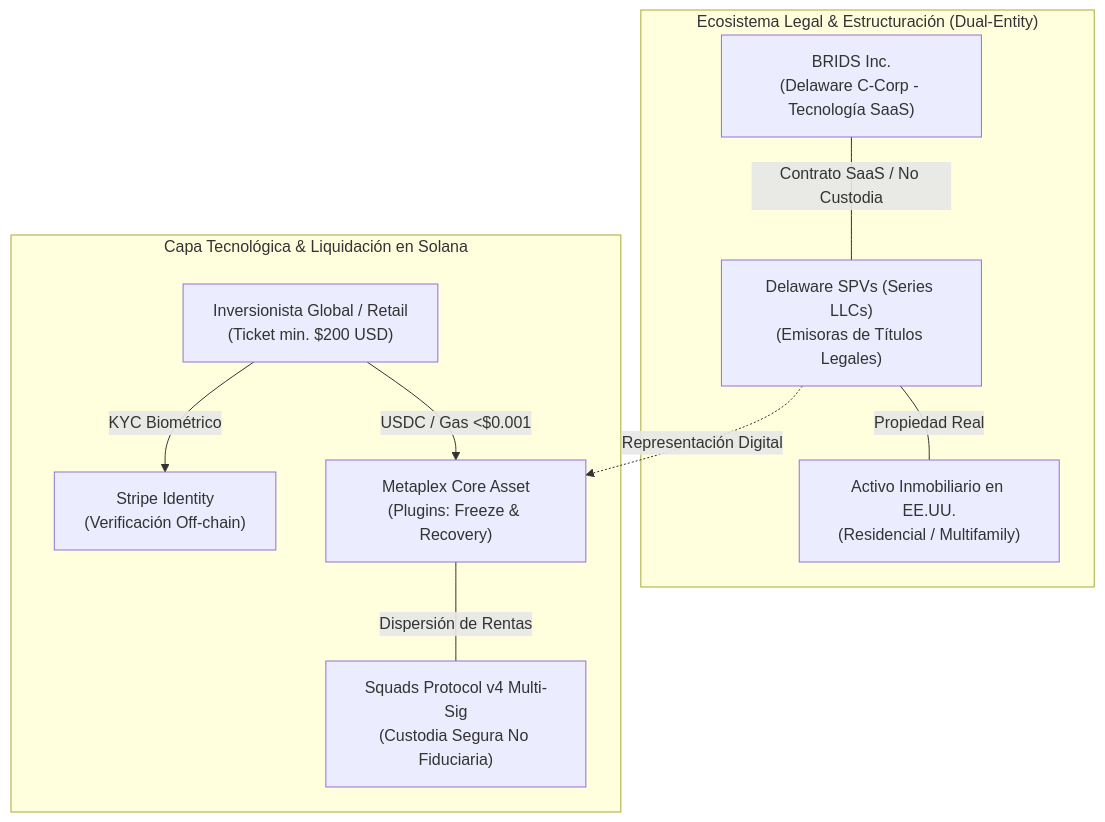
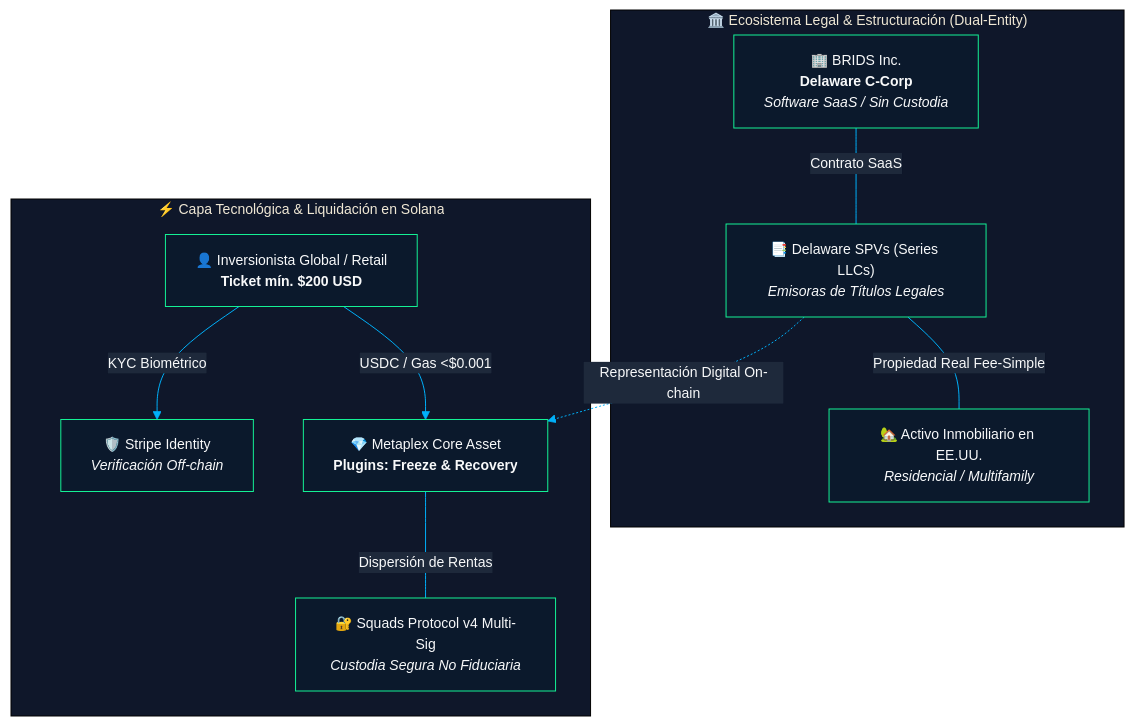
The first of 2 diagrams in README.md (jeisonsosablockdev/BRIDS-KNOWLEDGE-FORT), drawn with Mermaid before and after one commit. The commit also changed other lines of this file, not shown here.

First line of the commit message:
style(readme): enhance visual presentation with responsive brand logo, palette badges, and themed diagrams

````diff
--- a/README.md
+++ b/README.md
@@ -67,15 +105,16 @@
 ```mermaid
+%%{init: {'theme': 'base', 'themeVariables': { 'primaryColor': '#0B192C', 'primaryTextColor': '#F8F9FA', 'primaryBorderColor': '#14F195', 'lineColor': '#00B0F9', 'secondaryColor': '#1E293B', 'tertiaryColor': '#0F172A', 'fontSize': '14px'}}}%%
 flowchart TD
-    subgraph Legal_Ecosystem["Ecosistema Legal & Estructuración (Dual-Entity)"]
-        A["BRIDS Inc.<br/>(Delaware C-Corp - Tecnología SaaS)"] ---|Contrato SaaS / No Custodia| B["Delaware SPVs (Series LLCs)<br/>(Emisoras de Títulos Legales)"]
-        B ---|Propiedad Real| C["Activo Inmobiliario en EE.UU.<br/>(Residencial / Multifamily)"]
+    subgraph Legal_Ecosystem["🏛️ Ecosistema Legal & Estructuración (Dual-Entity)"]
+        A["🏢 BRIDS Inc.<br/><b>Delaware C-Corp</b><br/><i>Software SaaS / Sin Custodia</i>"] ---|Contrato SaaS| B["📑 Delaware SPVs (Series LLCs)<br/><i>Emisoras de Títulos Legales</i>"]
+        B ---|Propiedad Real Fee-Simple| C["🏡 Activo Inmobiliario en EE.UU.<br/><i>Residencial / Multifamily</i>"]
     end
 
-    subgraph Tech_Ecosystem["Capa Tecnológica & Liquidación en Solana"]
-        D["Inversionista Global / Retail<br/>(Ticket min. $200 USD)"] -->|KYC Biométrico| E["Stripe Identity<br/>(Verificación Off-chain)"]
-        D -->|USDC / Gas <$0.001| F["Metaplex Core Asset<br/>(Plugins: Freeze & Recovery)"]
-        F ---|Dispersión de Rentas| G["Squads Protocol v4 Multi-Sig<br/>(Custodia Segura No Fiduciaria)"]
+    subgraph Tech_Ecosystem["⚡ Capa Tecnológica & Liquidación en Solana"]
+        D["👤 Inversionista Global / Retail<br/><b>Ticket mín. $200 USD</b>"] -->|KYC Biométrico| E["🛡️ Stripe Identity<br/><i>Verificación Off-chain</i>"]
+        D -->|USDC / Gas <$0.001| F["💎 Metaplex Core Asset<br/><b>Plugins: Freeze & Recovery</b>"]
+        F ---|Dispersión de Rentas| G["🔐 Squads Protocol v4 Multi-Sig<br/><i>Custodia Segura No Fiduciaria</i>"]
     end
 
-    B -.->|Representación Digital| F
+    B -.->|Representación Digital On-chain| F
 ```
````
